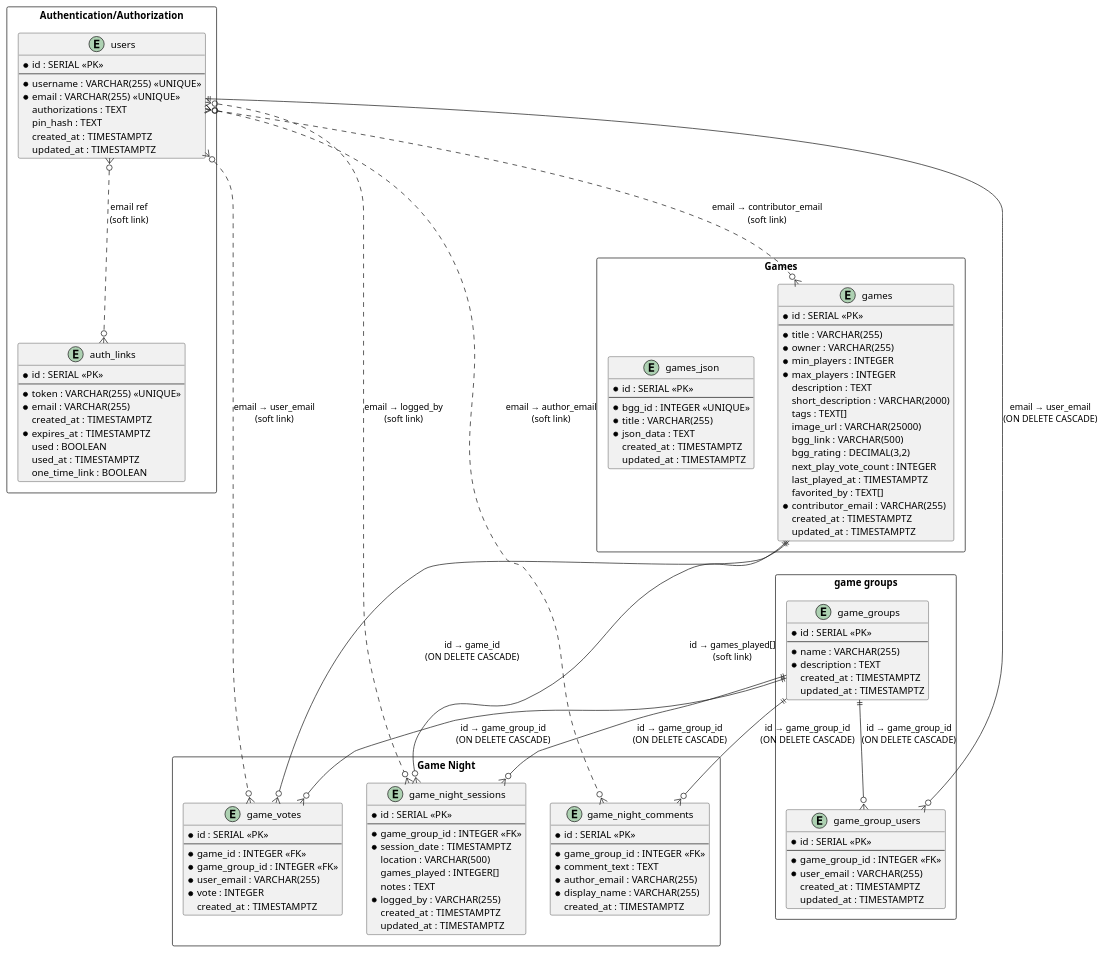
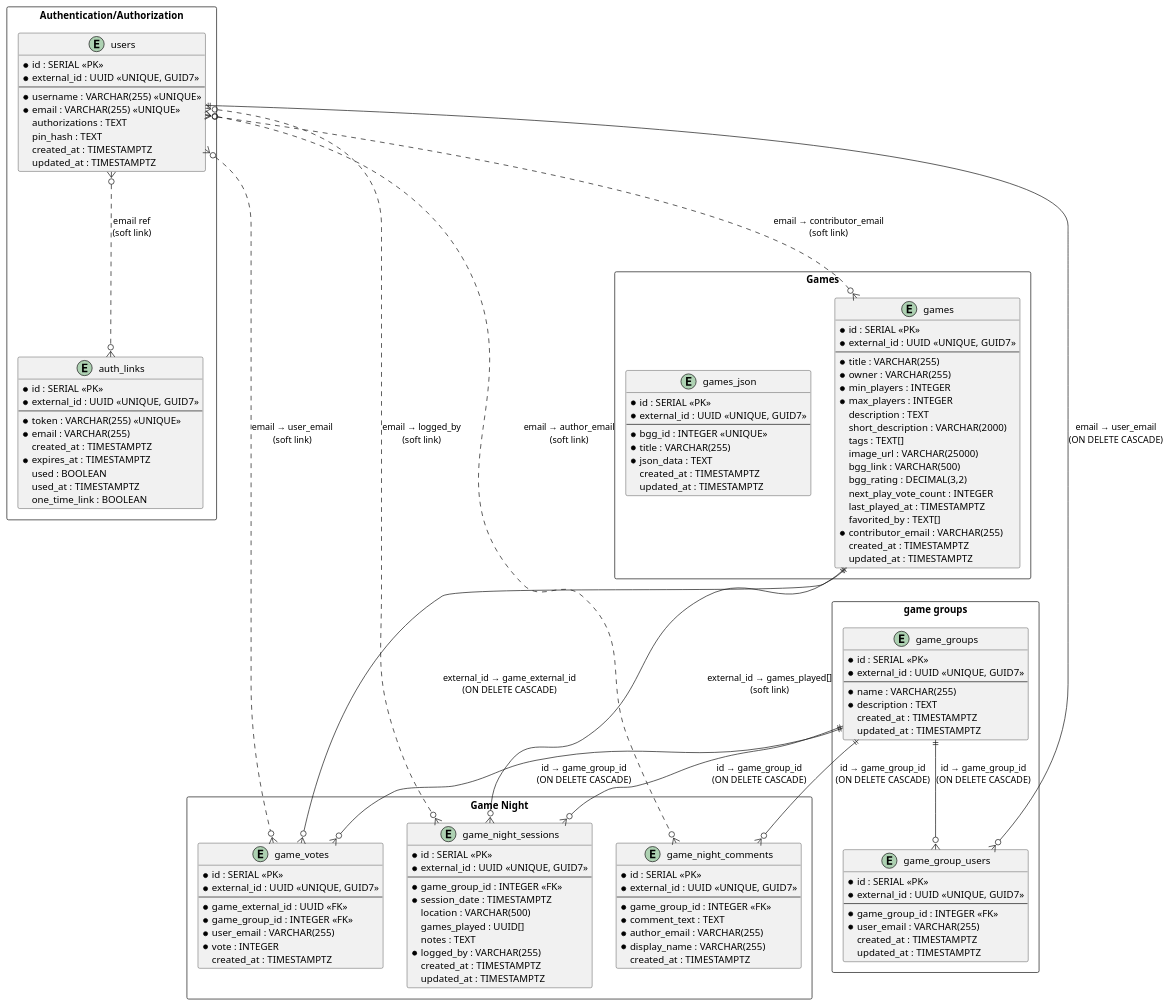
Before and after one commit to leshmark/gamegroup: the sixth of 7 diagrams in Game Group Site.md, drawn with PlantUML. The commit also changed other lines of this file and 17 other files, not shown here.

```diff
--- a/Game Group Site.md
+++ b/Game Group Site.md
@@ -859,6 +887,7 @@
 rectangle "Authentication/Authorization" {
     entity "users" {
         * id : SERIAL <<PK>>
+        * external_id : UUID <<UNIQUE, GUID7>>
         --
         * username : VARCHAR(255) <<UNIQUE>>
         * email : VARCHAR(255) <<UNIQUE>>
@@ -870,6 +899,7 @@
 
     entity "auth_links" {
         * id : SERIAL <<PK>>
+        * external_id : UUID <<UNIQUE, GUID7>>
         --
         * token : VARCHAR(255) <<UNIQUE>>
         * email : VARCHAR(255)
@@ -883,6 +913,7 @@
 rectangle "Games" {
     entity "games" {
         * id : SERIAL <<PK>>
+        * external_id : UUID <<UNIQUE, GUID7>>
         --
         * title : VARCHAR(255)
         * owner : VARCHAR(255)
@@ -905,6 +936,7 @@
 
     entity "games_json" {
         * id : SERIAL <<PK>>
+        * external_id : UUID <<UNIQUE, GUID7>>
         --
         * bgg_id : INTEGER <<UNIQUE>>
         * title : VARCHAR(255)
@@ -917,8 +949,9 @@
 rectangle "Game Night" {
     entity "game_votes" {
         * id : SERIAL <<PK>>
+        * external_id : UUID <<UNIQUE, GUID7>>
         --
-        * game_id : INTEGER <<FK>>
+        * game_external_id : UUID <<FK>>
         * game_group_id : INTEGER <<FK>>
         * user_email : VARCHAR(255)
         * vote : INTEGER
@@ -926,11 +959,12 @@
     }
     entity "game_night_sessions" {
         * id : SERIAL <<PK>>
+        * external_id : UUID <<UNIQUE, GUID7>>
         --
         * game_group_id : INTEGER <<FK>>
         * session_date : TIMESTAMPTZ
         location : VARCHAR(500)
-        games_played : INTEGER[]
+        games_played : UUID[]
         notes : TEXT
         * logged_by : VARCHAR(255)
         created_at : TIMESTAMPTZ
@@ -939,6 +973,7 @@
 
     entity "game_night_comments" {
         * id : SERIAL <<PK>>
+        * external_id : UUID <<UNIQUE, GUID7>>
         --
         * game_group_id : INTEGER <<FK>>
         * comment_text : TEXT
@@ -951,6 +986,7 @@
 rectangle "game groups" {
     entity "game_group_users" {
         * id : SERIAL <<PK>>
+        * external_id : UUID <<UNIQUE, GUID7>>
         --
         * game_group_id : INTEGER <<FK>>
         * user_email : VARCHAR(255)
@@ -959,6 +995,7 @@
     }
     entity "game_groups" {
         * id : SERIAL <<PK>>
+        * external_id : UUID <<UNIQUE, GUID7>>
         --
         * name : VARCHAR(255)
         * description : TEXT
@@ -967,8 +1004,8 @@
     }
 }
 
-games ||---o{ game_votes : "id → game_id\n(ON DELETE CASCADE)"
-games ||---o{ game_night_sessions : "id → games_played[]\n(soft link)"
+games ||---o{ game_votes : "external_id → game_external_id\n(ON DELETE CASCADE)"
+games ||---o{ game_night_sessions : "external_id → games_played[]\n(soft link)"
 users }o...o{ auth_links : "email ref\n(soft link)"
 users }o...o{ games : "email → contributor_email\n(soft link)"
 users }o...o{ game_votes : "email → user_email\n(soft link)"
```
